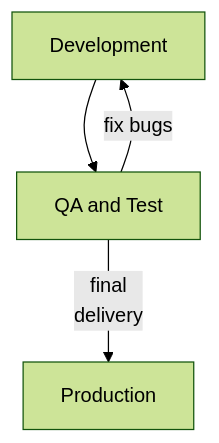
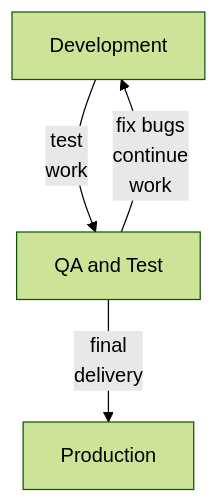
Before and after one commit to petre-renware/sdeven: the diagram in doc_src/SDEVEN.25_SYTEST.md, drawn with Mermaid (forest theme).

````diff
--- a/doc_src/SDEVEN.25_SYTEST.md
+++ b/doc_src/SDEVEN.25_SYTEST.md
@@ -93,11 +93,13 @@
 ```mermaid
 flowchart TD
     dev[Development]
     test[QA and Test]
     prod[Production]
 
-    dev --> test
+    dev -->|test \n work| test
+    test -->|fix bugs \n continue \n work| dev
+
     test -->|final \n delivery| prod
 
-    test -->|fix bugs| dev
+    
 ```
````
